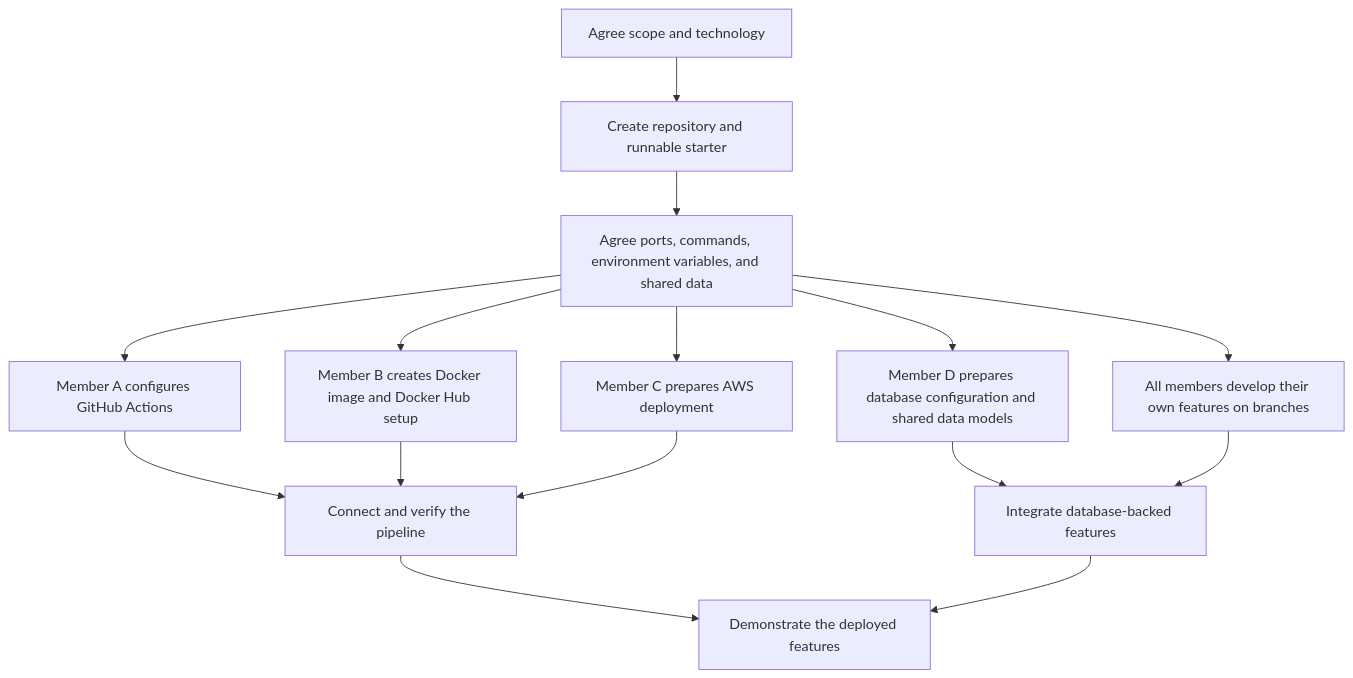
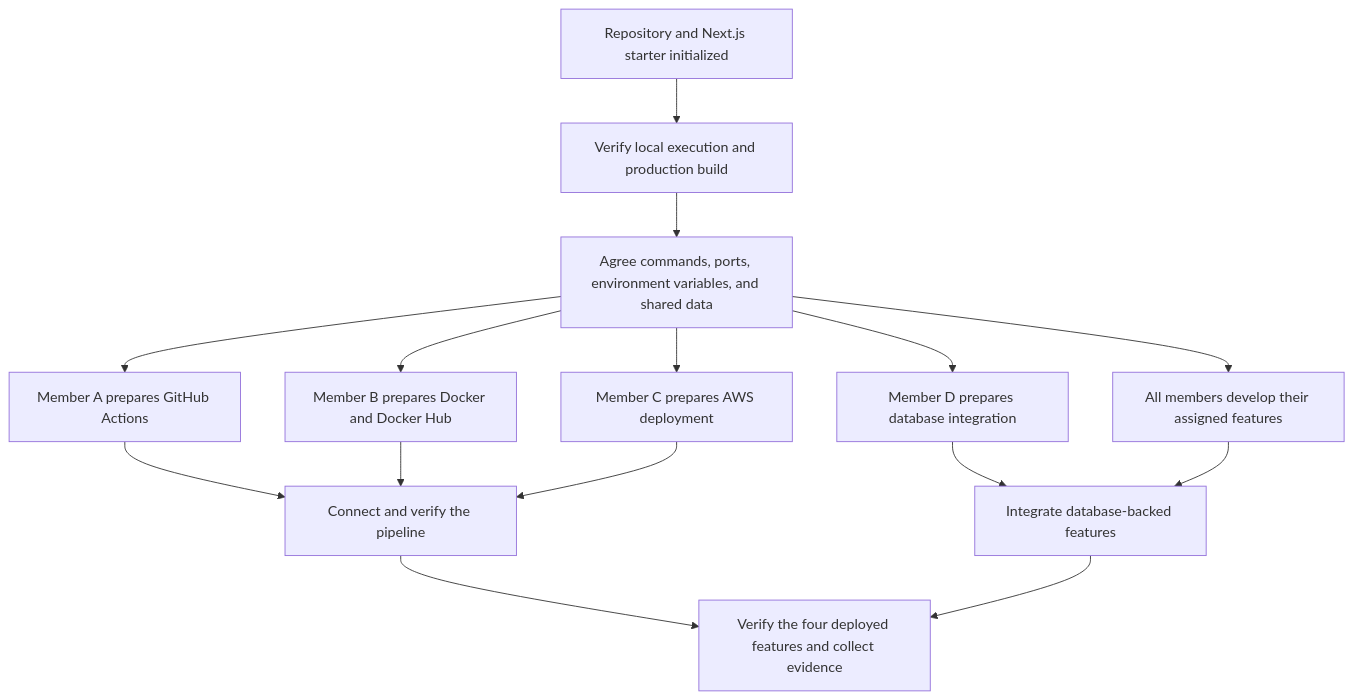
The second of 2 diagrams in README.md (NixonSee/Student-Management-System), drawn with Mermaid before and after one commit. The commit also changed other lines of this file, not shown here.

First line of the commit message:
Revise README for TypeScript and Next.js integration

````diff
--- a/README.md
+++ b/README.md
@@ -72,17 +110,17 @@
 ```mermaid
 flowchart TD
-    A[Agree scope and technology] --> B[Create repository and runnable starter]
-    B --> C[Agree ports, commands, environment variables, and shared data]
-    C --> D[Member A configures GitHub Actions]
-    C --> E[Member B creates Docker image and Docker Hub setup]
+    A[Repository and Next.js starter initialized] --> B[Verify local execution and production build]
+    B --> C[Agree commands, ports, environment variables, and shared data]
+    C --> D[Member A prepares GitHub Actions]
+    C --> E[Member B prepares Docker and Docker Hub]
     C --> F[Member C prepares AWS deployment]
-    C --> G[Member D prepares database configuration and shared data models]
-    C --> H[All members develop their own features on branches]
+    C --> G[Member D prepares database integration]
+    C --> H[All members develop their assigned features]
     D --> I[Connect and verify the pipeline]
     E --> I
     F --> I
     G --> J[Integrate database-backed features]
     H --> J
-    I --> K[Demonstrate the deployed features]
+    I --> K[Verify the four deployed features and collect evidence]
     J --> K
 ```
````
